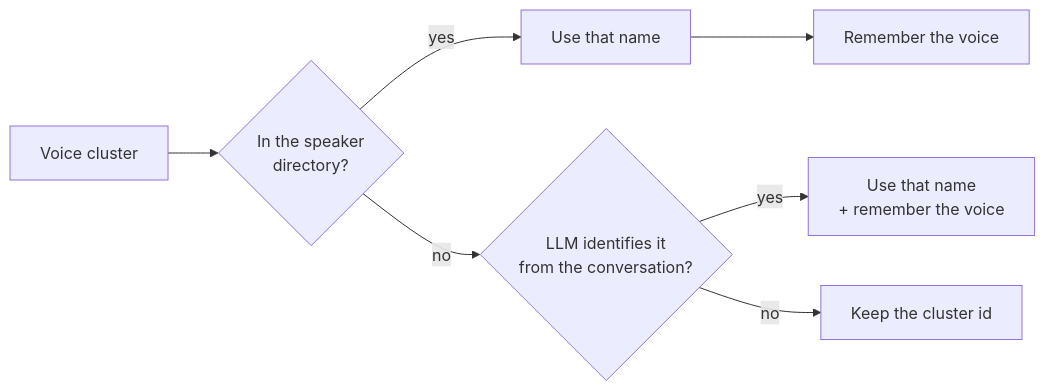
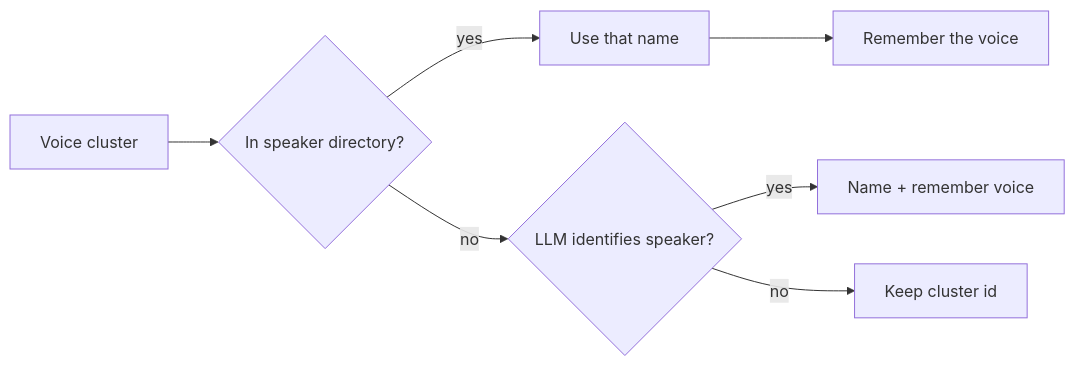
One commit to stojcheva-marija/LightRAG-Transcript-Pipeline changed the second of 2 diagrams in README.md. Above: the diagram before and after it, drawn with Mermaid. The commit also changed other lines of this file, not shown here.

First line of the commit message:
Fix clipped text in README mermaid diagrams

````diff
--- a/README.md
+++ b/README.md
@@ -84,9 +84,9 @@
 ```mermaid
 flowchart LR
-    A[Voice cluster] --> B{In the speaker<br/>directory?}
+    A[Voice cluster] --> B{In speaker directory?}
     B -->|yes| C[Use that name]
-    B -->|no| D{LLM identifies it<br/>from the conversation?}
-    D -->|yes| E[Use that name<br/>+ remember the voice]
-    D -->|no| F[Keep the cluster id]
+    B -->|no| D{LLM identifies speaker?}
+    D -->|yes| E[Name + remember voice]
+    D -->|no| F[Keep cluster id]
     C --> G[Remember the voice]
 ```
````
